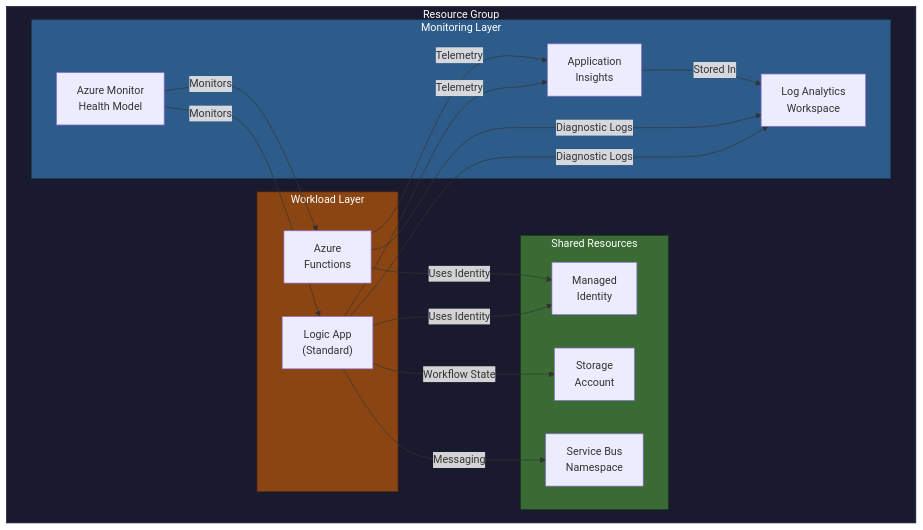
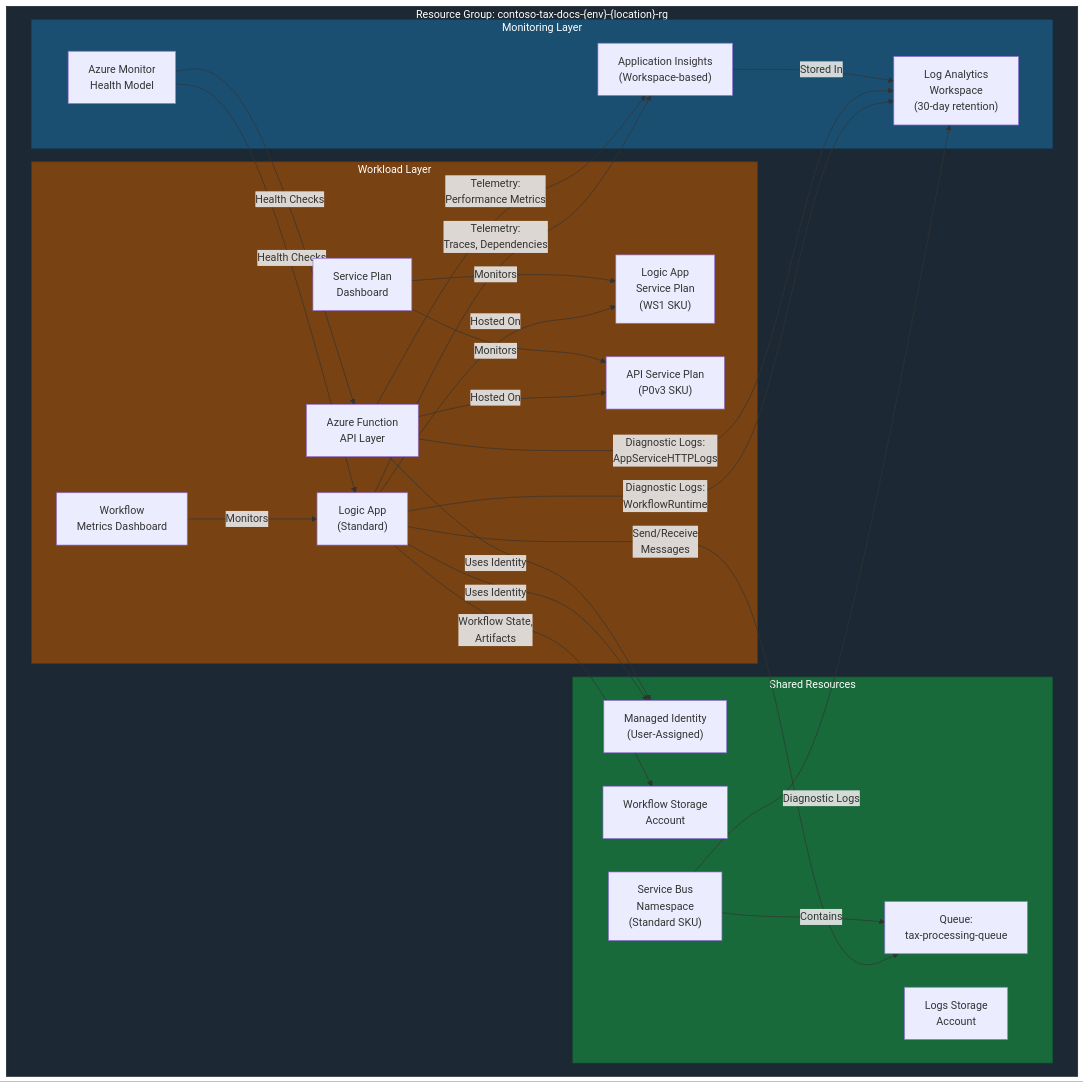
One commit to Evilazaro/Azure-LogicApps-Monitoring changed the first of 2 diagrams in README.md. Above: the diagram before and after it, drawn with Mermaid. The commit also changed other lines of this file, not shown here.

Commit message:
docs: Update README for clarity on Azure Logic Apps monitoring and infrastructure setup

````diff
--- a/README.md
+++ b/README.md
@@ -66,38 +65,51 @@
 ```mermaid
 flowchart TB
-    subgraph rg["Resource Group"]
+    subgraph rg["Resource Group: contoso-tax-docs-{env}-{location}-rg"]
         subgraph monitoring["Monitoring Layer"]
-            law["Log Analytics<br/>Workspace"]
-            ai["Application<br/>Insights"]
+            law["Log Analytics<br/>Workspace<br/>(30-day retention)"]
+            ai["Application Insights<br/>(Workspace-based)"]
             ahm["Azure Monitor<br/>Health Model"]
         end
         
         subgraph shared["Shared Resources"]
-            mi["Managed<br/>Identity"]
-            sa["Storage<br/>Account"]
-            sb["Service Bus<br/>Namespace"]
+            mi["Managed Identity<br/>(User-Assigned)"]
+            wsa["Workflow Storage<br/>Account"]
+            lsa["Logs Storage<br/>Account"]
+            sb["Service Bus<br/>Namespace<br/>(Standard SKU)"]
+            sbq["Queue:<br/>tax-processing-queue"]
         end
         
         subgraph workload["Workload Layer"]
+            lasp["Logic App<br/>Service Plan<br/>(WS1 SKU)"]
             la["Logic App<br/>(Standard)"]
-            af["Azure<br/>Functions"]
+            afsp["API Service Plan<br/>(P0v3 SKU)"]
+            af["Azure Function<br/>API Layer"]
+            dash1["Service Plan<br/>Dashboard"]
+            dash2["Workflow<br/>Metrics Dashboard"]
         end
     end
     
-    la -->|Diagnostic Logs| law
-    la -->|Telemetry| ai
-    af -->|Diagnostic Logs| law
-    af -->|Telemetry| ai
+    la -->|Diagnostic Logs:<br/>WorkflowRuntime| law
+    la -->|Telemetry:<br/>Traces, Dependencies| ai
+    af -->|Diagnostic Logs:<br/>AppServiceHTTPLogs| law
+    af -->|Telemetry:<br/>Performance Metrics| ai
     la -->|Uses Identity| mi
     af -->|Uses Identity| mi
-    la -->|Workflow State| sa
-    la -->|Messaging| sb
-    ahm -->|Monitors| la
-    ahm -->|Monitors| af
+    la -->|Workflow State,<br/>Artifacts| wsa
+    la -->|Send/Receive<br/>Messages| sbq
+    sb -->|Contains| sbq
+    sb -->|Diagnostic Logs| law
     ai -->|Stored In| law
+    ahm -->|Health Checks| la
+    ahm -->|Health Checks| af
+    la -->|Hosted On| lasp
+    af -->|Hosted On| afsp
+    dash1 -->|Monitors| lasp
+    dash1 -->|Monitors| afsp
+    dash2 -->|Monitors| la
     
-    style monitoring fill:#2E5C8A,stroke:#1A3A52,color:#FFFFFF
-    style shared fill:#3A6B35,stroke:#1F3A1E,color:#FFFFFF
-    style workload fill:#8B4513,stroke:#5C2D0A,color:#FFFFFF
-    style rg fill:#1A1A2E,stroke:#16213E,color:#FFFFFF
+    style monitoring fill:#1B4F72,stroke:#154360,color:#FFFFFF
+    style shared fill:#186A3B,stroke:#145A32,color:#FFFFFF
+    style workload fill:#784212,stroke:#6E2C00,color:#FFFFFF
+    style rg fill:#1C2833,stroke:#17202A,color:#FFFFFF
 ```
````
